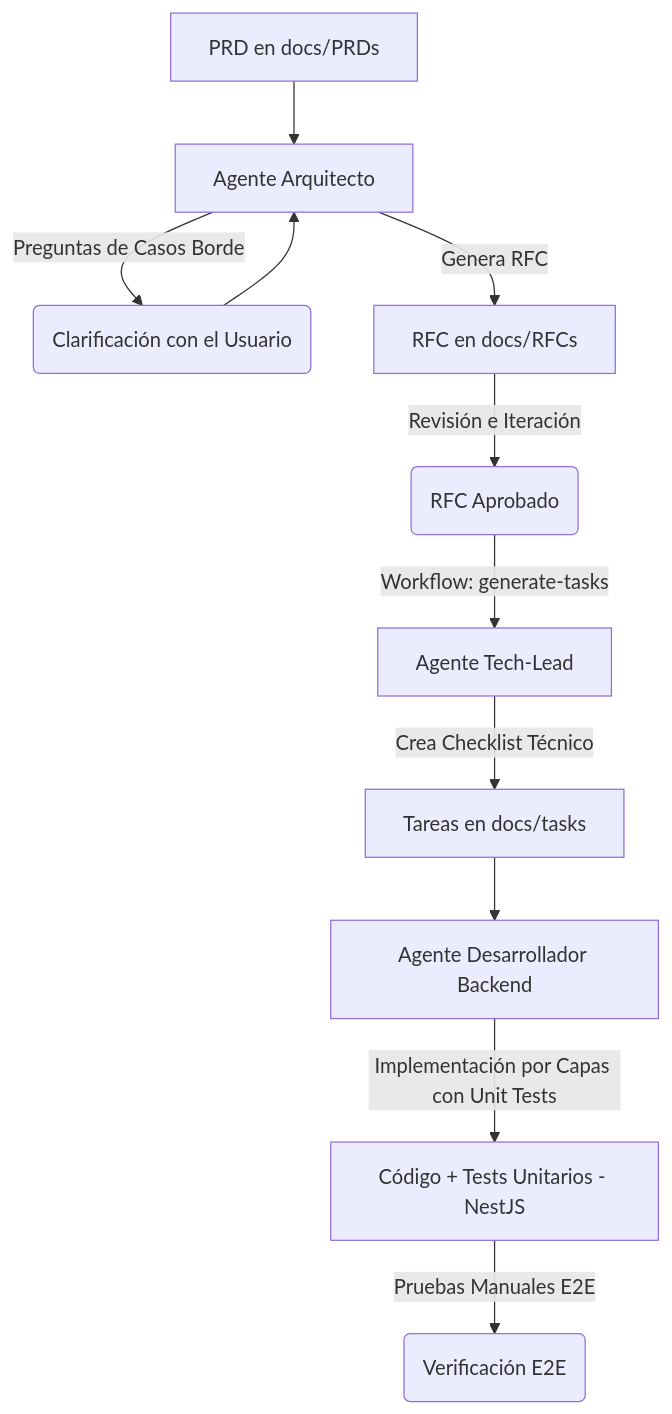
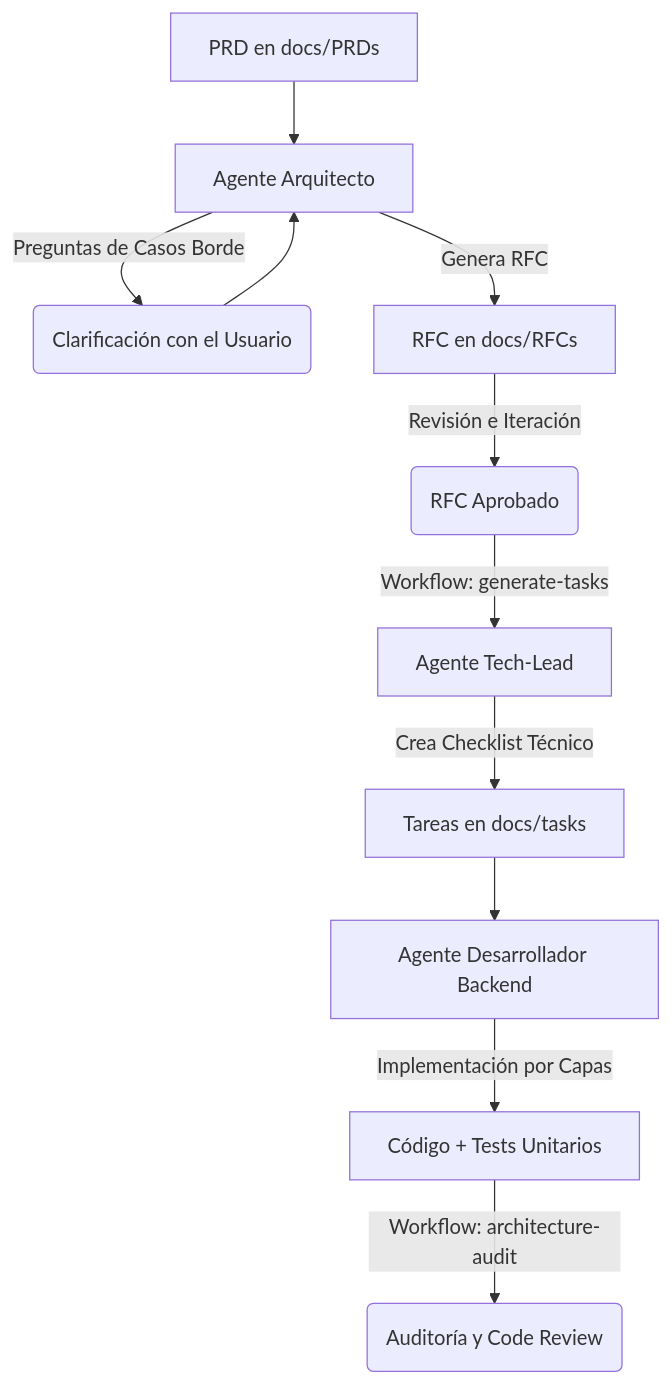
The diagram in docs/guia-agentes.md (fedelopezing/vyma_backend), drawn with Mermaid before and after one commit. The commit also changed other lines of this file and 57 other files, not shown here.

Commit message:
feat: implement modular backend architecture including authentication guards, user roles, email service, scheduling, and WhatsApp integration.

````diff
--- a/docs/guia-agentes.md
+++ b/docs/guia-agentes.md
@@ -15,13 +15,13 @@
 ```mermaid
 graph TD
     A[PRD en docs/PRDs] --> B[Agente Arquitecto]
     B -->|Preguntas de Casos Borde| C(Clarificación con el Usuario)
     C --> B
     B -->|Genera RFC| D[RFC en docs/RFCs]
     D -->|Revisión e Iteración| E(RFC Aprobado)
     E -->|Workflow: generate-tasks| F[Agente Tech-Lead]
     F -->|Crea Checklist Técnico| G[Tareas en docs/tasks]
     G --> H[Agente Desarrollador Backend]
-    H -->|Implementación por Capas con Unit Tests| I[Código + Tests Unitarios - NestJS]
-    I -->|Pruebas Manuales E2E| J(Verificación E2E)
+    H -->|Implementación por Capas| I[Código + Tests Unitarios]
+    I -->|Workflow: architecture-audit| J(Auditoría y Code Review)
 ```
````
